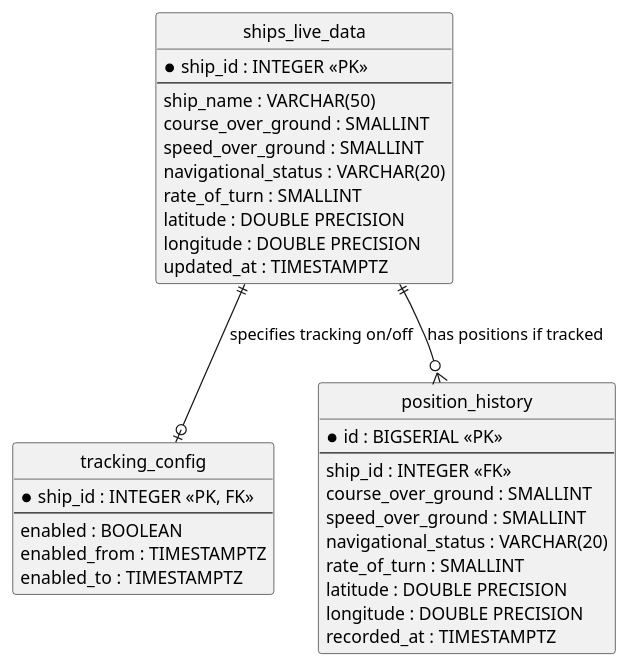
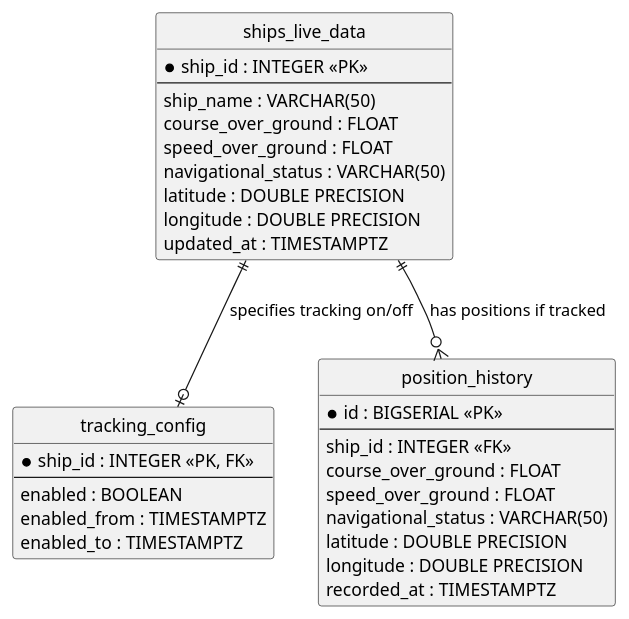
Before and after one commit to thjunge11/aisstream-ship-tracker: the diagram in draft/edr.puml, drawn with PlantUML. The commit also changed 13 other files, not shown here.

```diff
--- a/draft/edr.puml
+++ b/draft/edr.puml
@@ -1,41 +1,39 @@
 @startuml
 hide circle
 
 entity "ships_live_data" as ships {
     * ship_id : INTEGER <<PK>>
     --
     ship_name : VARCHAR(50)
-    course_over_ground : SMALLINT
-    speed_over_ground : SMALLINT
-    navigational_status : VARCHAR(20)
-    rate_of_turn : SMALLINT
+    course_over_ground : FLOAT
+    speed_over_ground : FLOAT
+    navigational_status : VARCHAR(50)
     latitude : DOUBLE PRECISION
     longitude : DOUBLE PRECISION
     updated_at : TIMESTAMPTZ
 }
 
 entity "tracking_config" as config {
     * ship_id : INTEGER <<PK, FK>>
     --
     enabled : BOOLEAN
     enabled_from : TIMESTAMPTZ
     enabled_to : TIMESTAMPTZ
 }
 
 entity "position_history" as history {
     * id : BIGSERIAL <<PK>>
     --
     ship_id : INTEGER <<FK>>
-    course_over_ground : SMALLINT
-    speed_over_ground : SMALLINT
-    navigational_status : VARCHAR(20)
-    rate_of_turn : SMALLINT
+    course_over_ground : FLOAT
+    speed_over_ground : FLOAT
+    navigational_status : VARCHAR(50)
     latitude : DOUBLE PRECISION
     longitude : DOUBLE PRECISION
     recorded_at : TIMESTAMPTZ
 }
 
 ships ||--o| config : "specifies tracking on/off"
 ships ||--o{ history : "has positions if tracked"
 
 @enduml
```
